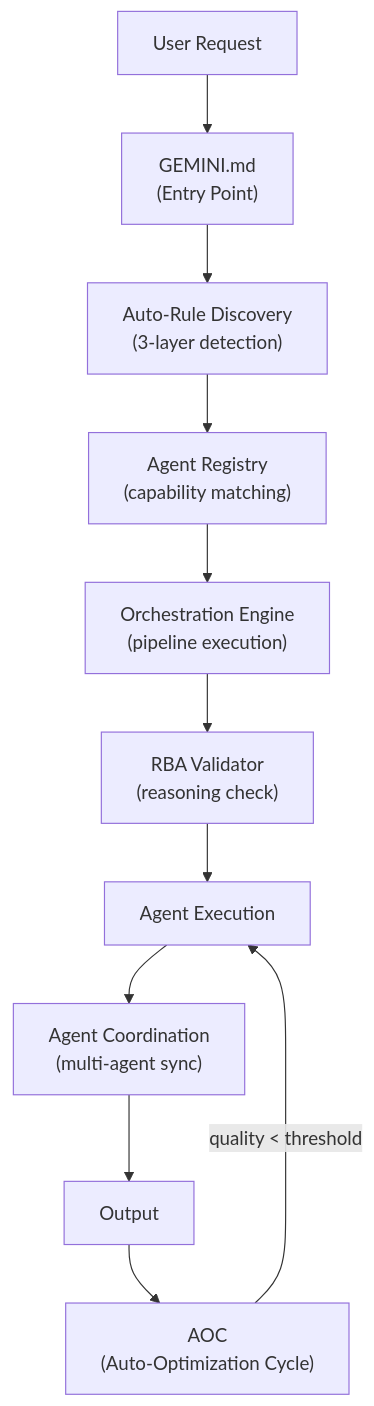
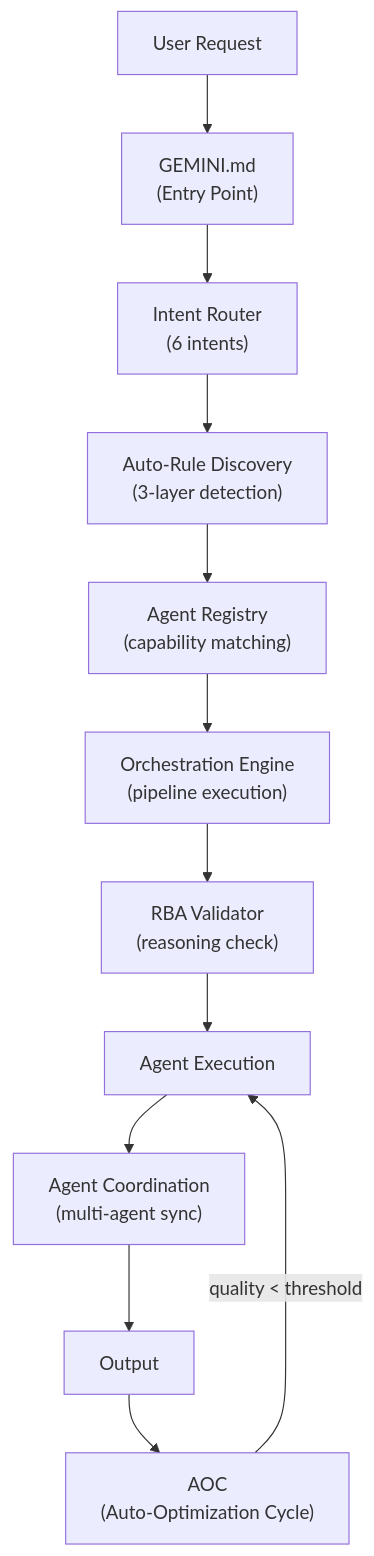
The first of 2 diagrams in .agent/docs/systems/SYSTEMS-CATALOG.md (tuyenht/Antigravity-Core), drawn with Mermaid before and after one commit. The commit also changed other lines of this file and 18 other files, not shown here.

````diff
--- a/.agent/docs/systems/SYSTEMS-CATALOG.md
+++ b/.agent/docs/systems/SYSTEMS-CATALOG.md
@@ -17,13 +17,14 @@
 ```mermaid
 graph TD
     A["User Request"] --> B["GEMINI.md<br/>(Entry Point)"]
-    B --> C["Auto-Rule Discovery<br/>(3-layer detection)"]
+    B --> IR["Intent Router<br/>(6 intents)"]
+    IR --> C["Auto-Rule Discovery<br/>(3-layer detection)"]
     C --> D["Agent Registry<br/>(capability matching)"]
     D --> E["Orchestration Engine<br/>(pipeline execution)"]
     E --> F["RBA Validator<br/>(reasoning check)"]
     F --> G["Agent Execution"]
     G --> H["Agent Coordination<br/>(multi-agent sync)"]
     H --> I["Output"]
     I --> J["AOC<br/>(Auto-Optimization Cycle)"]
     J -->|"quality < threshold"| G
 ```
````
